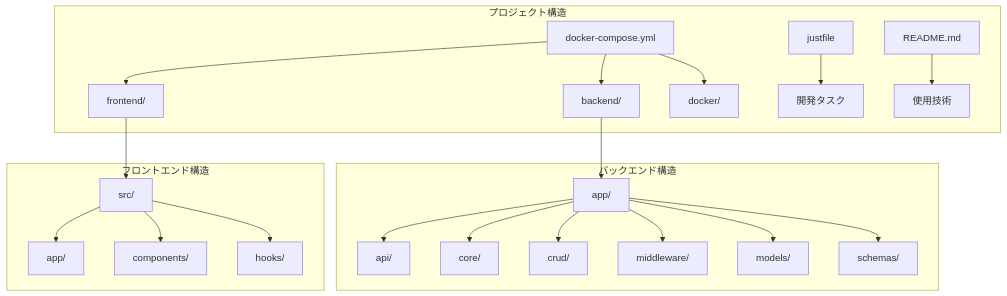
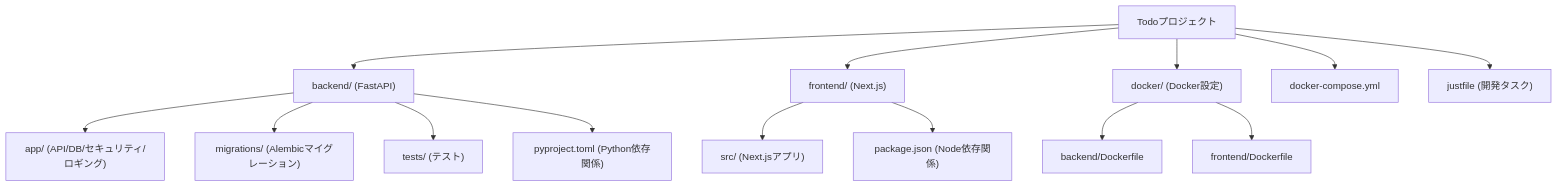
Before and after one commit to ss8806/Todos: the diagram in .qoder/repowiki/ja/content/クイックスタート.md, drawn with Mermaid. The commit also changed other lines of this file and 106 other files, not shown here.

````diff
--- a/.qoder/repowiki/ja/content/クイックスタート.md
+++ b/.qoder/repowiki/ja/content/クイックスタート.md
@@ -44,25 +36,16 @@
 ```mermaid
 graph TB
-subgraph "プロジェクト構造"
-A[docker-compose.yml] --> B[backend/]
-A --> C[frontend/]
-A --> D[docker/]
-E[justfile] --> F[開発タスク]
-G[README.md] --> H[使用技術]
-end
-subgraph "バックエンド構造"
-B --> B1[app/]
-B1 --> B2[api/]
-B1 --> B3[core/]
-B1 --> B4[crud/]
-B1 --> B5[middleware/]
-B1 --> B6[models/]
-B1 --> B7[schemas/]
-end
-subgraph "フロントエンド構造"
-C --> C1[src/]
-C1 --> C2[app/]
-C1 --> C3[components/]
-C1 --> C4[hooks/]
-end
+A["Todoプロジェクト"] --> B["backend/ (FastAPI)"]
+A --> C["frontend/ (Next.js)"]
+A --> D["docker/ (Docker設定)"]
+A --> E["docker-compose.yml"]
+A --> F["justfile (開発タスク)"]
+B --> B1["app/ (API/DB/セキュリティ/ロギング)"]
+B --> B2["migrations/ (Alembicマイグレーション)"]
+B --> B3["tests/ (テスト)"]
+B --> B4["pyproject.toml (Python依存関係)"]
+C --> C1["src/ (Next.jsアプリ)"]
+C --> C2["package.json (Node依存関係)"]
+D --> D1["backend/Dockerfile"]
+D --> D2["frontend/Dockerfile"]
 ```
````
